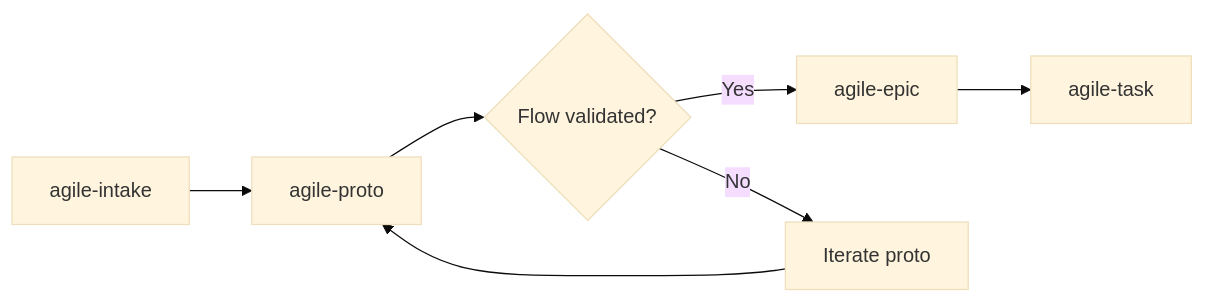
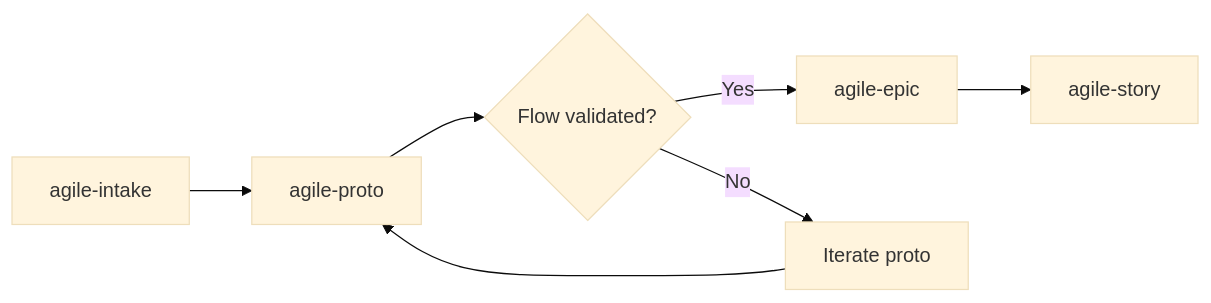
One commit to djalmajr/essential-skills changed the diagram in skills/agile-proto/README.md. Above: the diagram before and after it, drawn with Mermaid (base theme). The commit also changed other lines of this file and 33 other files, not shown here.

First line of the commit message:
refactor(skills): rename agile-planning→agile-sprint, agile-task→agile-story

````diff
--- a/skills/agile-proto/README.md
+++ b/skills/agile-proto/README.md
@@ -80,9 +80,9 @@
 ```mermaid
 flowchart LR
     A[agile-intake] --> B[agile-proto]
     B --> C{Flow validated?}
     C -- Yes --> D[agile-epic]
-    D --> E[agile-task]
+    D --> E[agile-story]
     C -- No --> F[Iterate proto]
     F --> B
 ```
````
